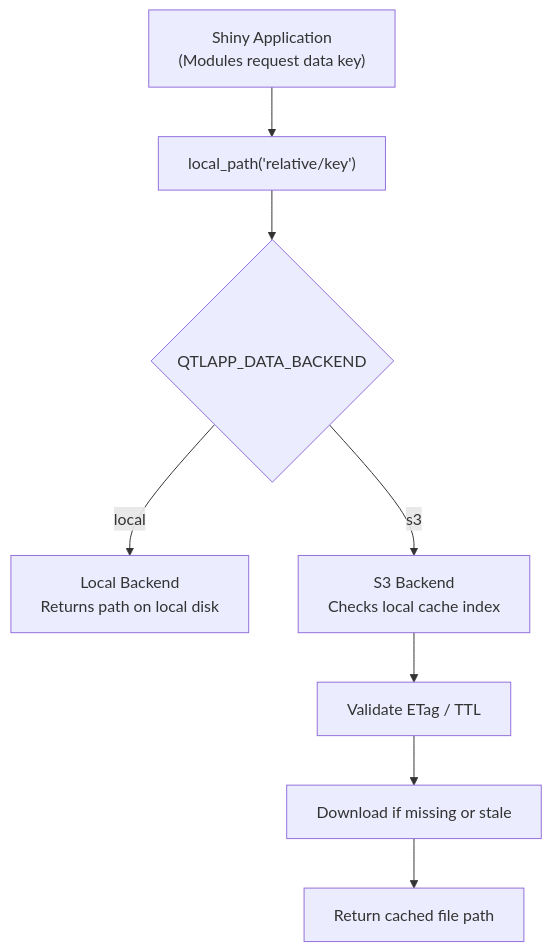
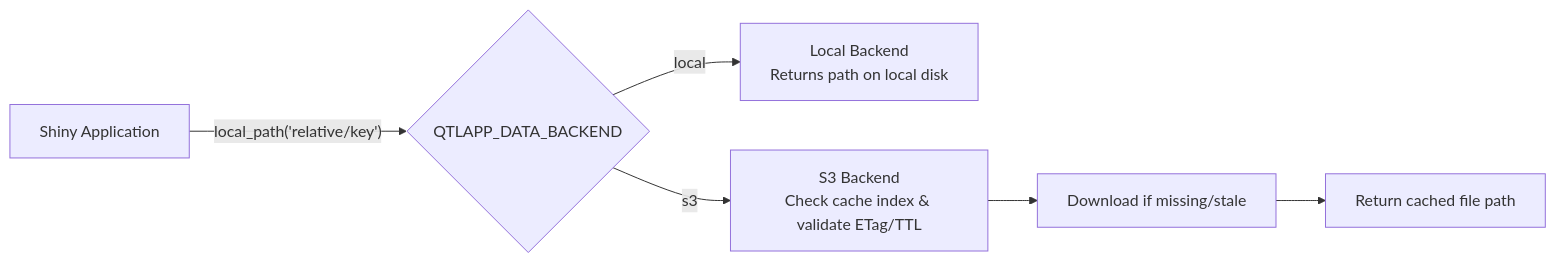
The diagram in DEVELOPER.md (AttieLab-Systems-Genetics/AttieLab-QTL-Viewer), drawn with Mermaid before and after one commit. The commit also changed other lines of this file, not shown here.

Commit message:
compress mermaid diagram

````diff
--- a/DEVELOPER.md
+++ b/DEVELOPER.md
@@ -41,10 +41,7 @@
 ```mermaid
-flowchart TD
-    App["Shiny Application<br/>(Modules request data key)"] --> LP["local_path('relative/key')"]
-    LP --> BackendChoice{QTLAPP_DATA_BACKEND}
-    BackendChoice -->|local| LocalBackend["Local Backend<br/>Returns path on local disk"]
-    BackendChoice -->|s3| S3Backend["S3 Backend<br/>Checks local cache index"]
-    S3Backend --> Validate["Validate ETag / TTL"]
-    Validate --> Fetch["Download if missing or stale"]
-    Fetch --> CachedPath["Return cached file path"]
+flowchart LR
+    App["Shiny Application"] -->|"local_path('relative/key')"| Choice{QTLAPP_DATA_BACKEND}
+    Choice -->|local| Local["Local Backend<br/>Returns path on local disk"]
+    Choice -->|s3| S3["S3 Backend<br/>Check cache index & validate ETag/TTL"]
+    S3 --> Fetch["Download if missing/stale"] --> Path["Return cached file path"]
 ```
````
